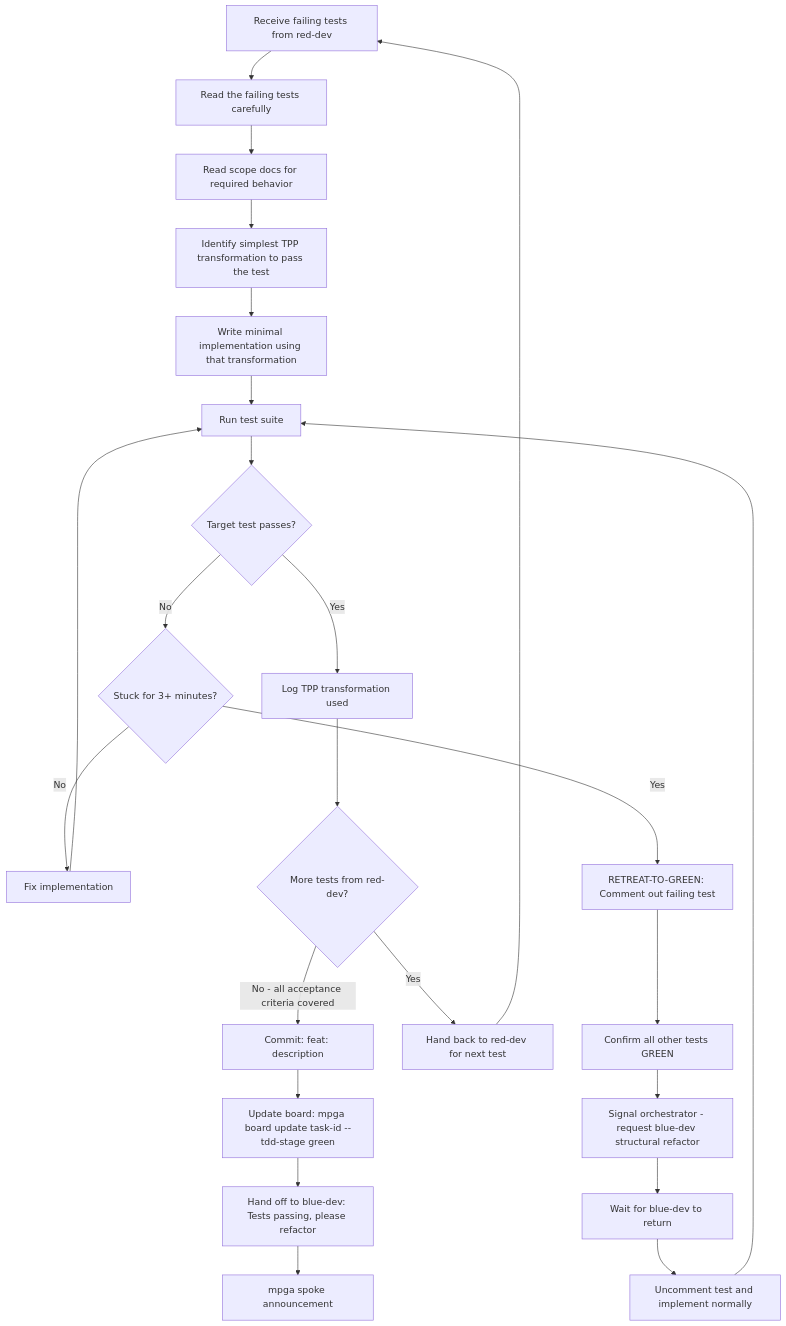
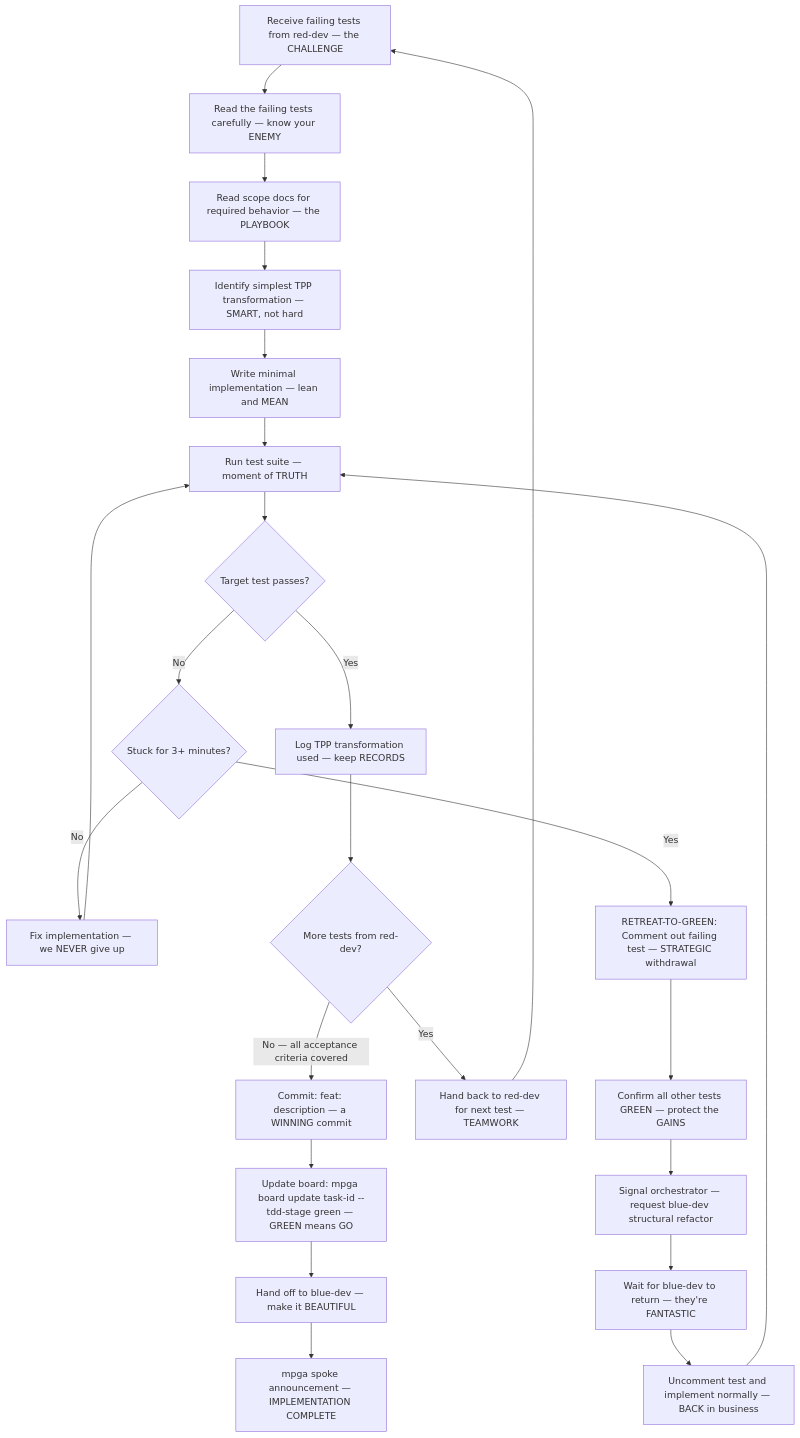
The diagram in docs/diagrams/agents/green-dev.md (benrben/MPGA), drawn with Mermaid before and after one commit. The commit also changed other lines of this file and 28 other files, not shown here.

First line of the commit message:
style: Trumpify all workflow diagrams — TREMENDOUS Mermaid charts

````diff
--- a/docs/diagrams/agents/green-dev.md
+++ b/docs/diagrams/agents/green-dev.md
@@ -5,26 +5,26 @@
 ```mermaid
 flowchart TD
-    A[Receive failing tests from red-dev] --> B[Read the failing tests carefully]
-    B --> C[Read scope docs for required behavior]
-    C --> D[Identify simplest TPP transformation to pass the test]
-    D --> E[Write minimal implementation using that transformation]
-    E --> F[Run test suite]
+    A[Receive failing tests from red-dev — the CHALLENGE] --> B[Read the failing tests carefully — know your ENEMY]
+    B --> C[Read scope docs for required behavior — the PLAYBOOK]
+    C --> D[Identify simplest TPP transformation — SMART, not hard]
+    D --> E[Write minimal implementation — lean and MEAN]
+    E --> F[Run test suite — moment of TRUTH]
     F --> G{Target test passes?}
     G -->|No| H{Stuck for 3+ minutes?}
-    H -->|No| I[Fix implementation]
+    H -->|No| I[Fix implementation — we NEVER give up]
     I --> F
-    H -->|Yes| J["RETREAT-TO-GREEN: Comment out failing test"]
-    J --> K[Confirm all other tests GREEN]
-    K --> L[Signal orchestrator - request blue-dev structural refactor]
-    L --> M[Wait for blue-dev to return]
-    M --> N[Uncomment test and implement normally]
+    H -->|Yes| J["RETREAT-TO-GREEN: Comment out failing test — STRATEGIC withdrawal"]
+    J --> K[Confirm all other tests GREEN — protect the GAINS]
+    K --> L[Signal orchestrator — request blue-dev structural refactor]
+    L --> M[Wait for blue-dev to return — they're FANTASTIC]
+    M --> N[Uncomment test and implement normally — BACK in business]
     N --> F
-    G -->|Yes| O[Log TPP transformation used]
+    G -->|Yes| O[Log TPP transformation used — keep RECORDS]
     O --> P{More tests from red-dev?}
-    P -->|Yes| Q[Hand back to red-dev for next test]
+    P -->|Yes| Q[Hand back to red-dev for next test — TEAMWORK]
     Q --> A
-    P -->|No - all acceptance criteria covered| R["Commit: feat: description"]
-    R --> S["Update board: mpga board update task-id --tdd-stage green"]
-    S --> T["Hand off to blue-dev: Tests passing, please refactor"]
-    T --> U[mpga spoke announcement]
+    P -->|No — all acceptance criteria covered| R["Commit: feat: description — a WINNING commit"]
+    R --> S["Update board: mpga board update task-id --tdd-stage green — GREEN means GO"]
+    S --> T["Hand off to blue-dev — make it BEAUTIFUL"]
+    T --> U[mpga spoke announcement — IMPLEMENTATION COMPLETE]
 ```
````
